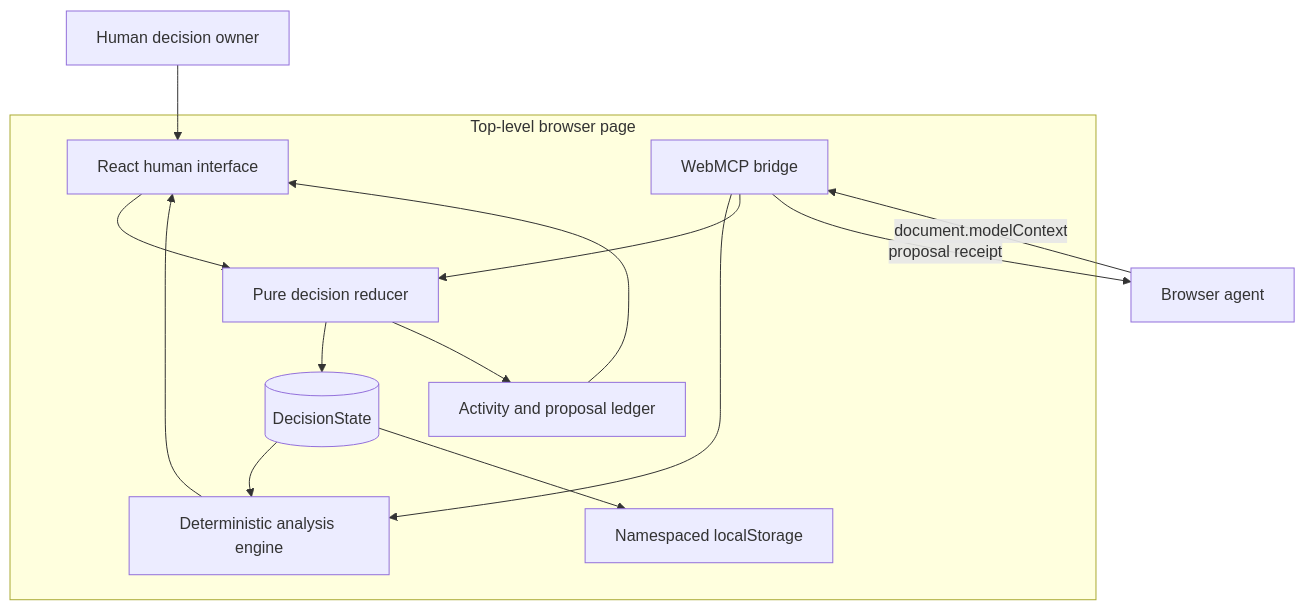
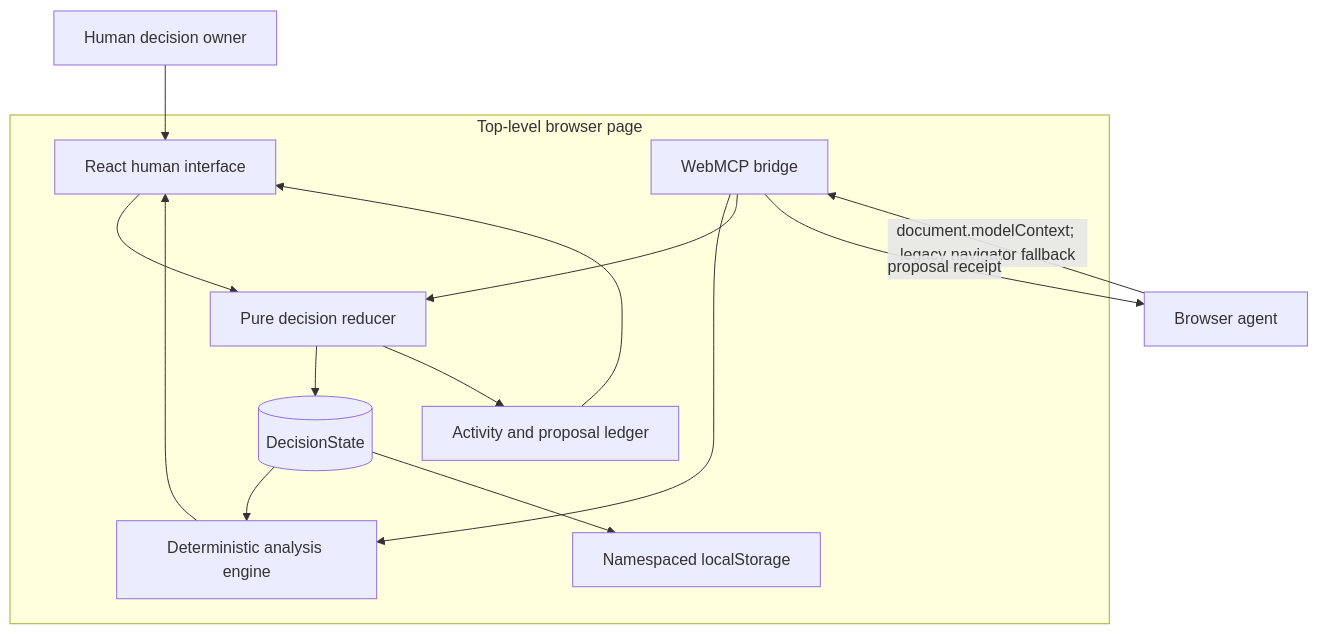
The first of 3 diagrams in docs/ARCHITECTURE.md (streetquant/forkroom-webmcp), drawn with Mermaid before and after one commit. The commit also changed 15 other files, not shown here.

````diff
--- a/docs/ARCHITECTURE.md
+++ b/docs/ARCHITECTURE.md
@@ -51,26 +51,26 @@
 ```mermaid
 flowchart TB
   subgraph Browser[Top-level browser page]
     UI[React human interface]
     Bridge[WebMCP bridge]
     Store[(DecisionState)]
     Reducer[Pure decision reducer]
     Engine[Deterministic analysis engine]
     Ledger[Activity and proposal ledger]
     Persist[Namespaced localStorage]
 
     UI --> Reducer
     Bridge --> Engine
     Bridge --> Reducer
     Reducer --> Store
     Store --> Engine
     Engine --> UI
     Store --> Persist
     Reducer --> Ledger
   end
 
-  Agent[Browser agent] -->|document.modelContext| Bridge
+  Agent[Browser agent] -->|document.modelContext; legacy navigator fallback| Bridge
   Human[Human decision owner] --> UI
   Bridge -->|proposal receipt| Agent
   Ledger --> UI
 ```
````
